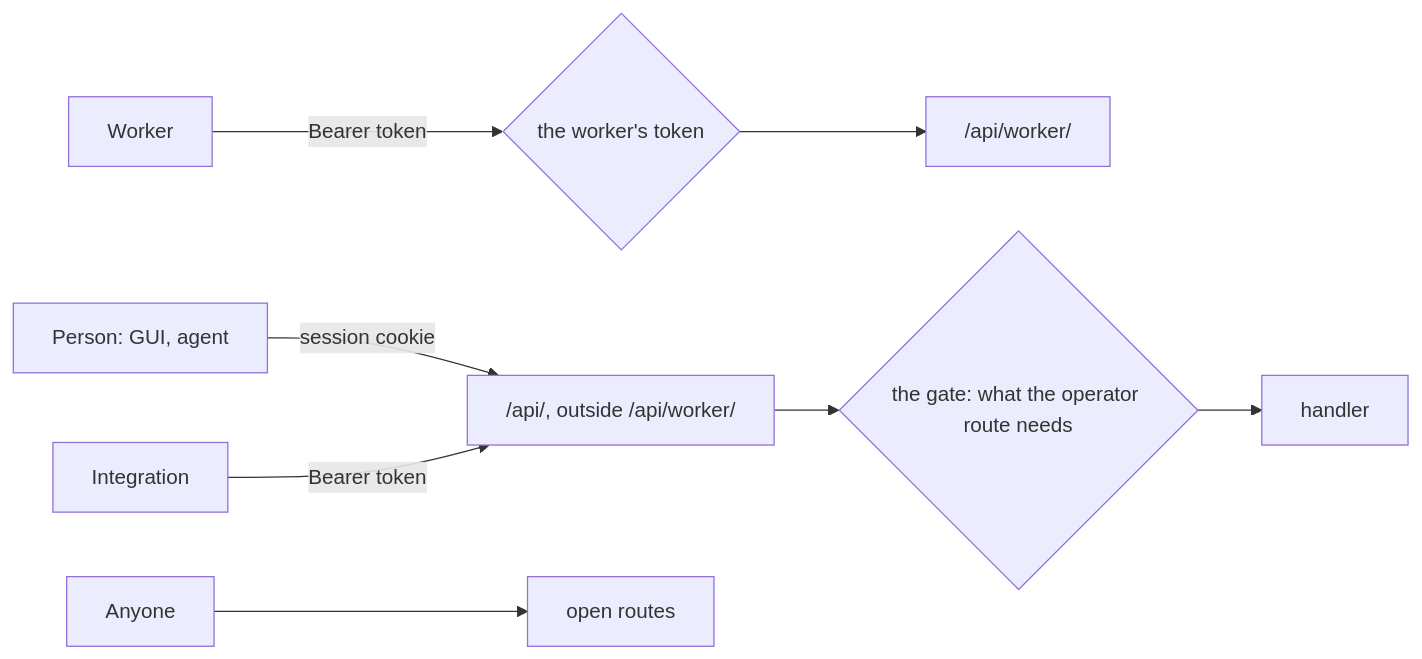
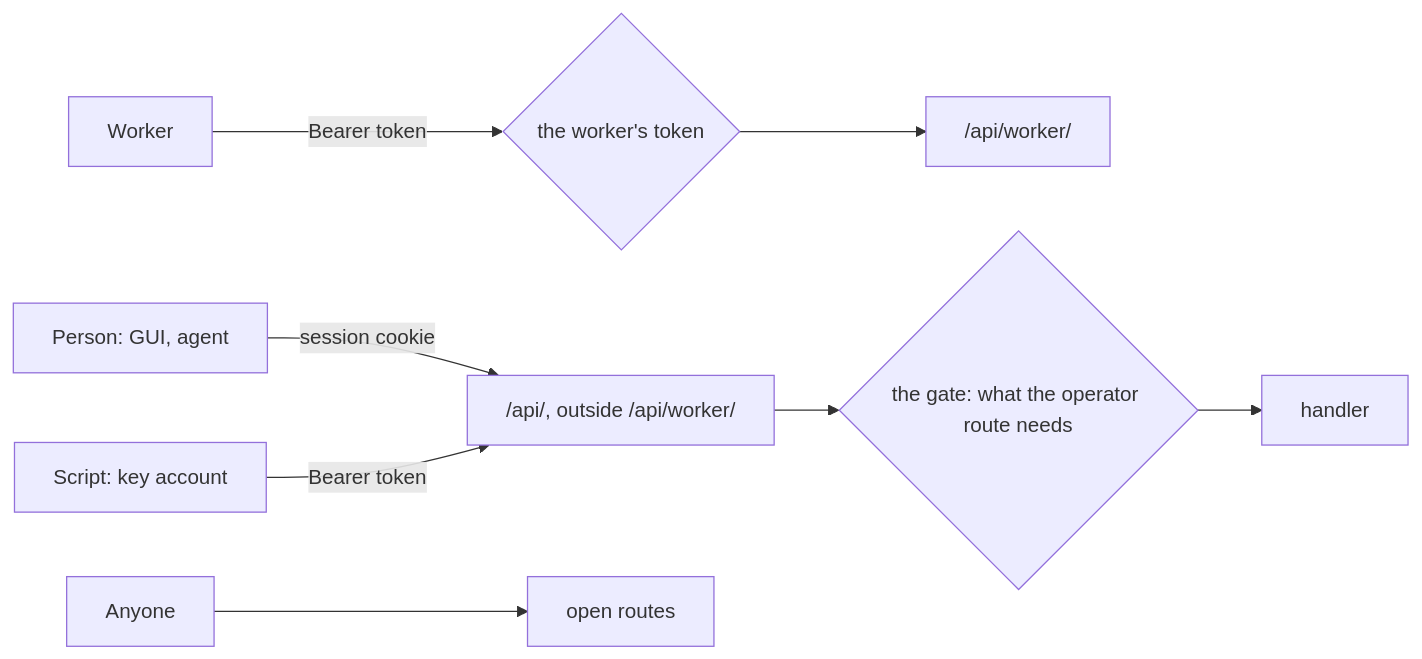
Before and after one commit to smeltr-sh/smeltr: the diagram in docs/architecture/api.md, drawn with Mermaid. The commit also changed other lines of this file and 40 other files, not shown here.

````diff
--- a/docs/architecture/api.md
+++ b/docs/architecture/api.md
@@ -13,9 +13,9 @@
 ```mermaid
 flowchart LR
   worker[Worker] -- Bearer token --> wgate{the worker's token} --> w["/api/worker/"]
   person[Person: GUI, agent] -- session cookie --> o["/api/, outside /api/worker/"]
-  integration[Integration] -- Bearer token --> o
+  script[Script: key account] -- Bearer token --> o
   anyone[Anyone] --> open["open routes"]
   o --> gate{the gate: what the operator route needs}
   gate --> handler[handler]
 ```
````
